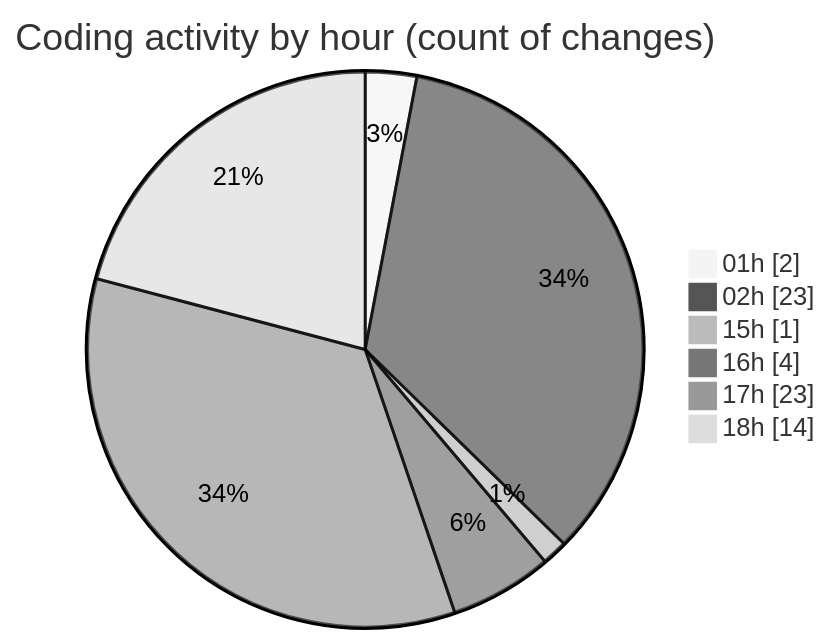
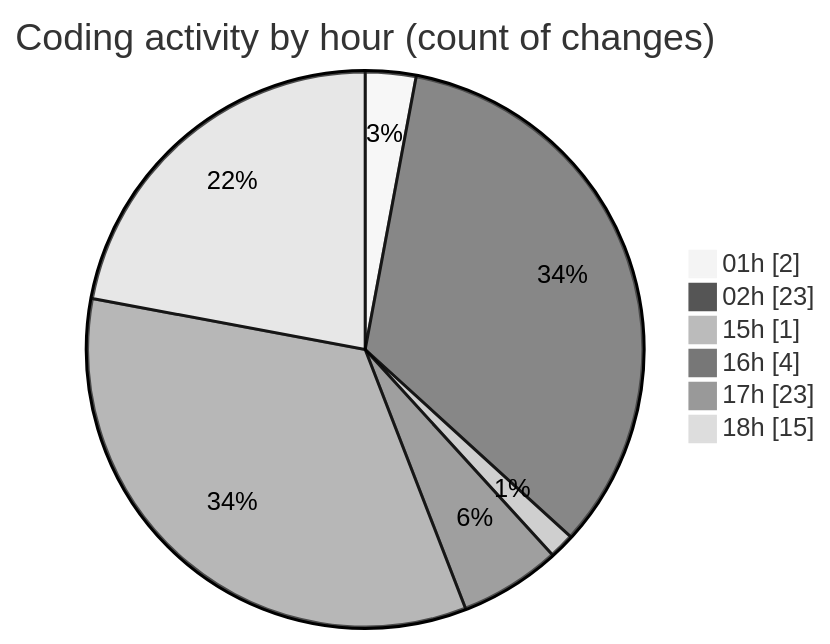
One commit to mevix1/code-tracking changed the second of 2 diagrams in 2025-10-01/open-health/README.md. Above: the diagram before and after it, drawn with Mermaid (neutral theme). The commit also changed other lines of this file and 1 other file, not shown here.

````diff
--- a/2025-10-01/open-health/README.md
+++ b/2025-10-01/open-health/README.md
@@ -71,10 +72,10 @@
 ```mermaid
 pie showData
 title Coding activity by hour (count of changes)
 "01h" : 2
 "02h" : 23
 "15h" : 1
 "16h" : 4
 "17h" : 23
-"18h" : 14
+"18h" : 15
 ```
````
